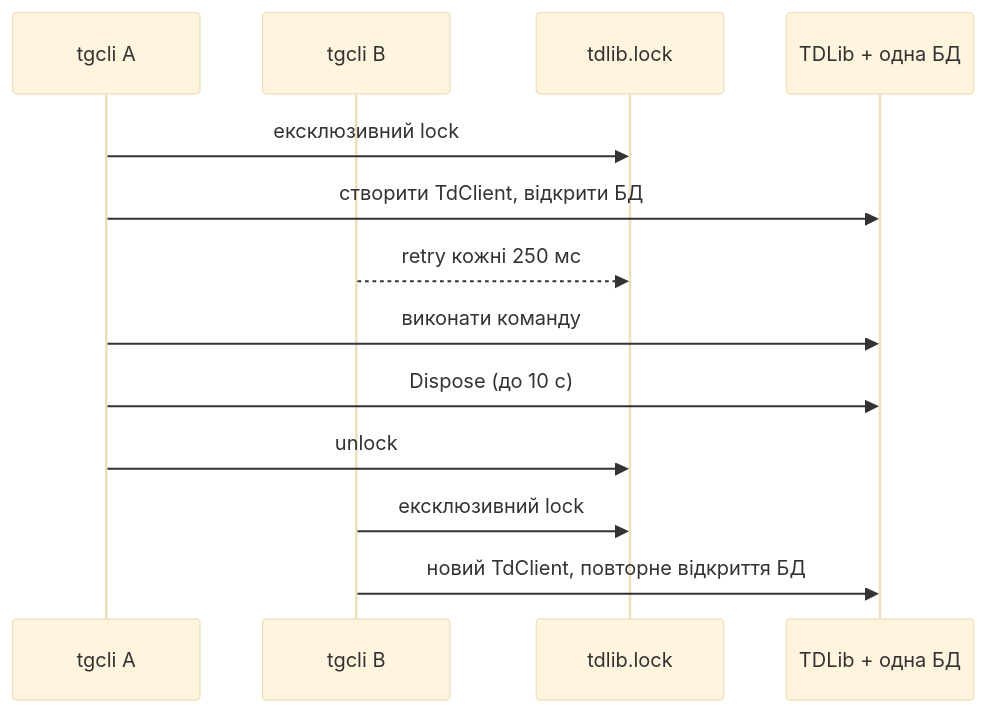
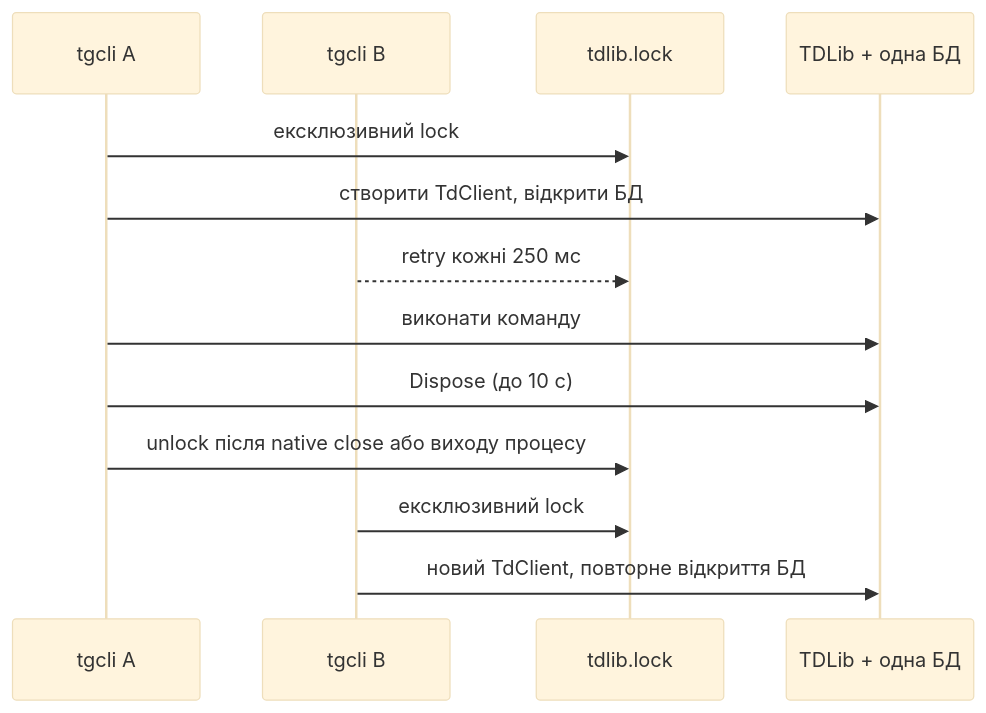
The diagram in PARALLELISM.md (podkolzzzin/tgcli), drawn with Mermaid (base theme) before and after one commit. The commit also changed other lines of this file and 38 other files, not shown here.

````diff
--- a/PARALLELISM.md
+++ b/PARALLELISM.md
@@ -11,16 +19,16 @@
 ```mermaid
 sequenceDiagram
     participant A as tgcli A
     participant B as tgcli B
     participant L as tdlib.lock
     participant T as TDLib + одна БД
 
     A->>L: ексклюзивний lock
     A->>T: створити TdClient, відкрити БД
     B-->>L: retry кожні 250 мс
     A->>T: виконати команду
     A->>T: Dispose (до 10 с)
-    A->>L: unlock
+    A->>L: unlock після native close або виходу процесу
     B->>L: ексклюзивний lock
     B->>T: новий TdClient, повторне відкриття БД
 ```
````
